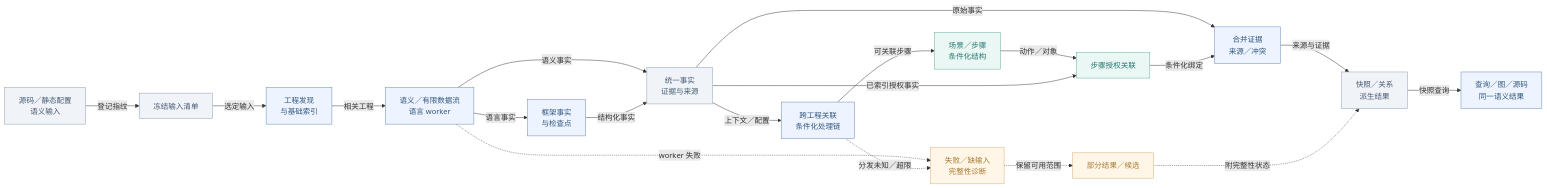
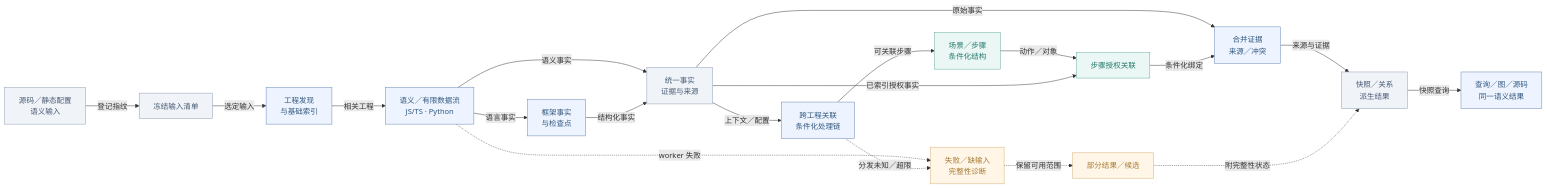
The diagram in docs/diagrams/sources/analysis.mmd (xjq11029/CodeCartia), drawn with Mermaid before and after one commit. The commit also changed 189 other files, not shown here.

```diff
--- a/docs/diagrams/sources/analysis.mmd
+++ b/docs/diagrams/sources/analysis.mmd
@@ -1,39 +1,39 @@
 flowchart LR
-  %% 设计图解；未实现。箭头含义见本图说明。
+  %% 设计图解；未实现。初版验证 JS/TS、Python，Java/C#/C/C++ 后续验证。箭头含义见本图说明。
   input["源码／静态配置<br/>语义输入"]:::data
   freeze["冻结输入清单"]:::data
   discover["工程发现<br/>与基础索引"]:::core
-  semantic["语义／有限数据流<br/>语言 worker"]:::core
+  semantic["语义／有限数据流<br/>JS/TS · Python"]:::core
   framework["框架事实<br/>与检查点"]:::core
   facts["统一事实<br/>证据与来源"]:::data
   links["跨工程关联<br/>条件化处理链"]:::core
   scenario["场景／步骤<br/>条件化结构"]:::business
   binding["步骤授权关联"]:::business
   merge["合并证据<br/>来源／冲突"]:::core
   snapshot["快照／关系<br/>派生结果"]:::data
   read["查询／图／源码<br/>同一语义结果"]:::core
   partial["部分结果／候选"]:::warning
   diagnosis["失败／缺输入<br/>完整性诊断"]:::warning
   input -- "登记指纹" --> freeze
   freeze -- "选定输入" --> discover
   discover -- "相关工程" --> semantic
   semantic -- "语义事实" --> facts
   semantic -- "语言事实" --> framework
   framework -- "结构化事实" --> facts
   facts -- "上下文／配置" --> links
   links -- "可关联步骤" --> scenario
   scenario -- "动作／对象" --> binding
   facts -- "原始事实" --> merge
   facts -- "已索引授权事实" --> binding
   binding -- "条件化绑定" --> merge
   merge -- "来源与证据" --> snapshot
   snapshot -- "快照查询" --> read
   semantic -. "worker 失败" .-> diagnosis
   links -. "分发未知／超限" .-> diagnosis
   diagnosis -. "保留可用范围" .-> partial
   partial -. "附完整性状态" .-> snapshot
   classDef core fill:#eef4ff,stroke:#6082b2,color:#31577e
   classDef data fill:#f0f3f8,stroke:#8a9aaf,color:#475b73
   classDef business fill:#eaf7f4,stroke:#60a99b,color:#24796d
   classDef optional fill:#f4effb,stroke:#ac93c5,color:#80619f,stroke-dasharray:6 4
   classDef warning fill:#fff6e8,stroke:#d6ab6a,color:#a87931
```
